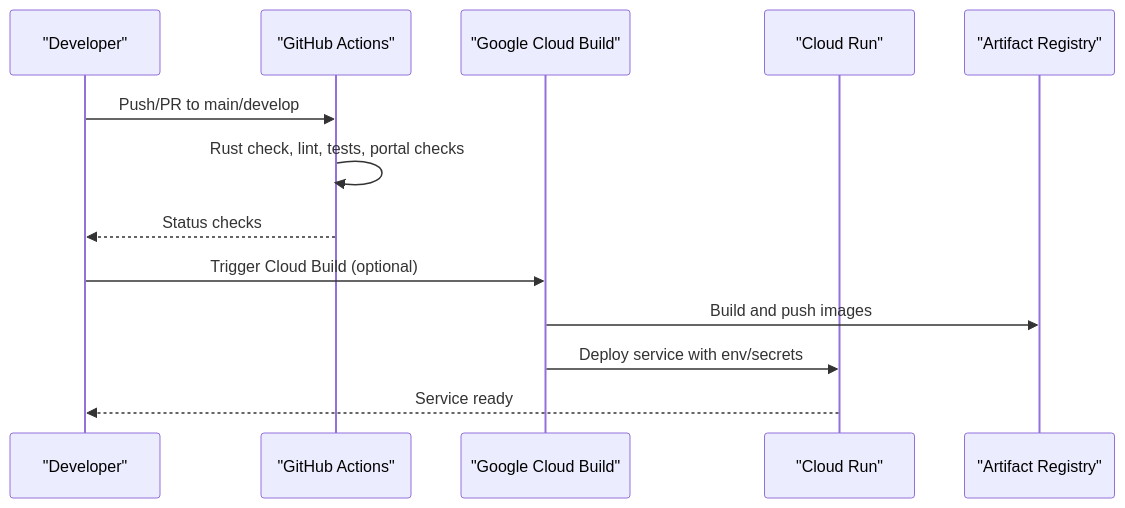
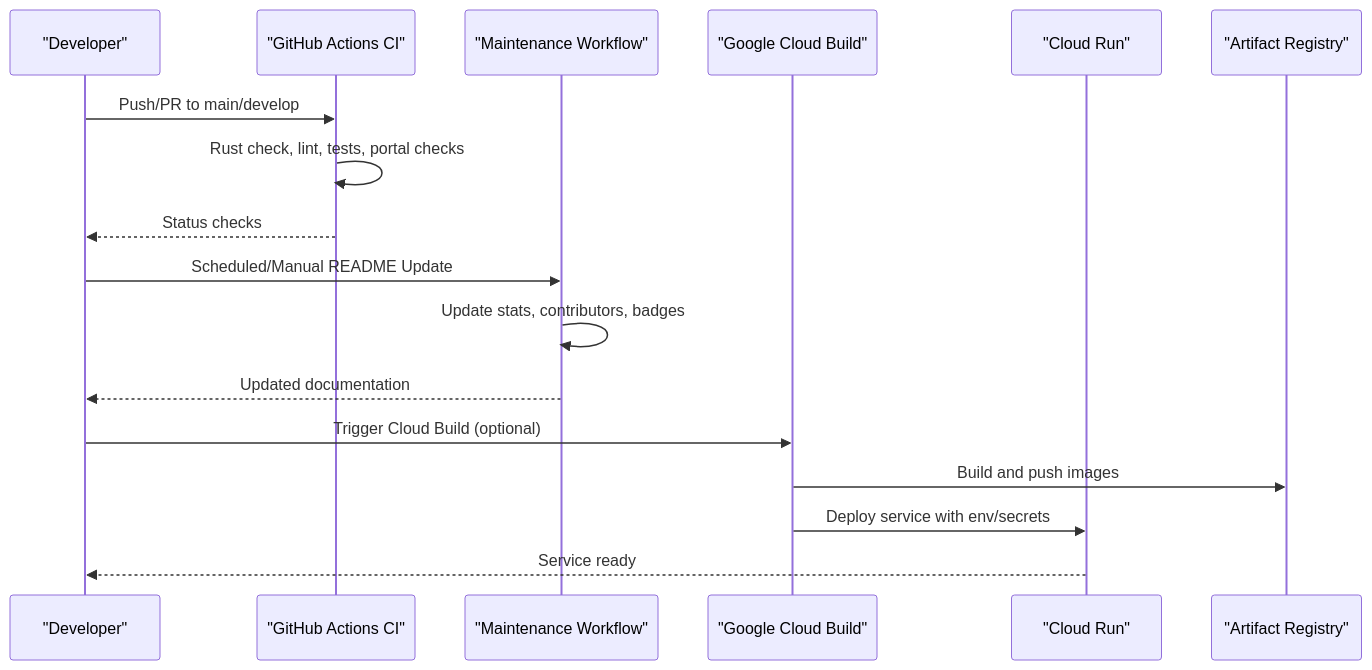
The second of 9 diagrams in .qoder/repowiki/en/content/Deployment and Operations/CI_CD Pipeline and Automated Deployment.md (Moeabdelaziz007/Aether-Voice-OS), drawn with Mermaid before and after one commit. The commit also changed other lines of this file and 10 other files, not shown here.

````diff
--- a/.qoder/repowiki/en/content/Deployment and Operations/CI_CD Pipeline and Automated Deployment.md
+++ b/.qoder/repowiki/en/content/Deployment and Operations/CI_CD Pipeline and Automated Deployment.md
@@ -111,15 +131,19 @@
 ```mermaid
 sequenceDiagram
 participant Dev as "Developer"
-participant GA as "GitHub Actions"
+participant GA as "GitHub Actions CI"
+participant MAINT as "Maintenance Workflow"
 participant GCB as "Google Cloud Build"
 participant CR as "Cloud Run"
 participant REG as "Artifact Registry"
 Dev->>GA : Push/PR to main/develop
 GA->>GA : Rust check, lint, tests, portal checks
 GA-->>Dev : Status checks
+Dev->>MAINT : Scheduled/Manual README Update
+MAINT->>MAINT : Update stats, contributors, badges
+MAINT-->>Dev : Updated documentation
 Dev->>GCB : Trigger Cloud Build (optional)
 GCB->>REG : Build and push images
 GCB->>CR : Deploy service with env/secrets
 CR-->>Dev : Service ready
 ```
````
